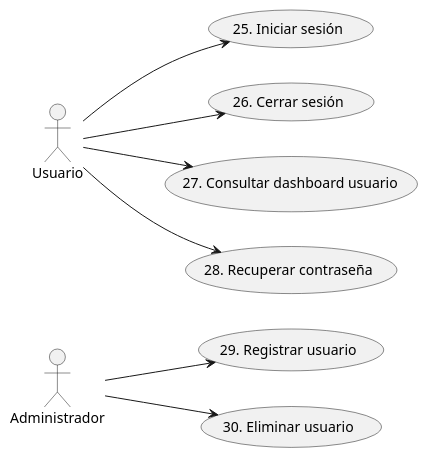
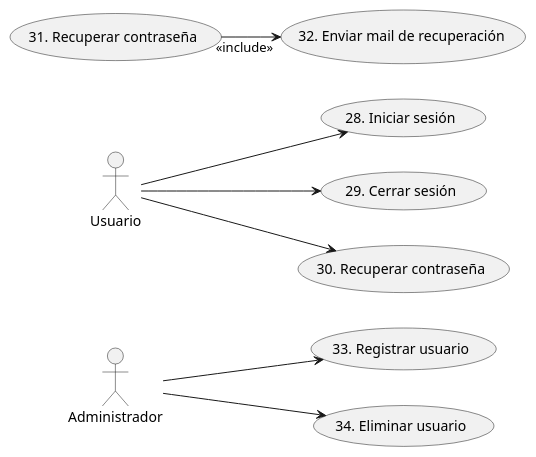
Before and after one commit to ciggyx/Task_Flow: the sixth of 8 diagrams in Modelado/DiagramasCU.plantuml, drawn with PlantUML. The commit also changed other lines of this file and 9 other files, not shown here.

Commit message:
chore(diagrama-cu): actualizado los cu

```diff
--- a/Modelado/DiagramasCU.plantuml
+++ b/Modelado/DiagramasCU.plantuml
@@ -62,11 +70,11 @@
 @startuml CU_Gestion_Usuarios
 left to right direction
 actor :Administrador: as A
 actor :Usuario: as U
-U --> (25. Iniciar sesión)
-U --> (26. Cerrar sesión)
-U --> (27. Consultar dashboard usuario)
-U --> (28. Recuperar contraseña)
-A --> (29. Registrar usuario)
-A --> (30. Eliminar usuario)
+U --> (28. Iniciar sesión)
+U --> (29. Cerrar sesión)
+U --> (30. Recuperar contraseña)
+(31. Recuperar contraseña) --> "<<include>>"(32. Enviar mail de recuperación)
+A --> (33. Registrar usuario)
+A --> (34. Eliminar usuario)
 @enduml
```
